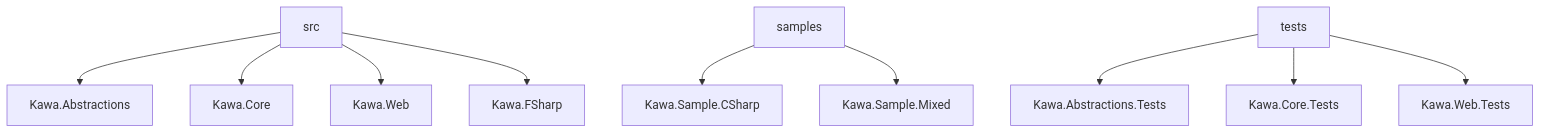
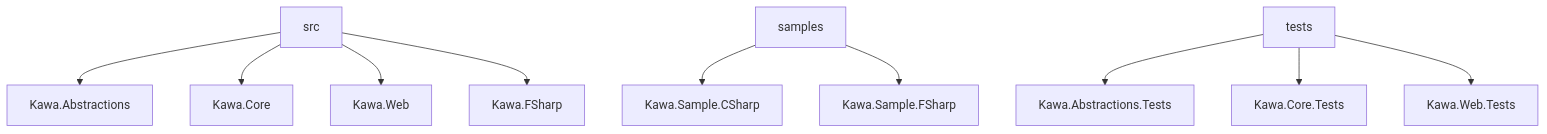
Before and after one commit to huideyeren/Kawa: diagram 20 of 25 in docs/design-principles.ja.md, drawn with Mermaid. The commit also changed other lines of this file and 27 other files, not shown here.

````diff
--- a/docs/design-principles.ja.md
+++ b/docs/design-principles.ja.md
@@ -973,18 +973,18 @@
 ```mermaid
 flowchart TD
     Src[src]
     Samples[samples]
     Tests[tests]
 
     Src --> Abs[Kawa.Abstractions]
     Src --> Core[Kawa.Core]
     Src --> Web[Kawa.Web]
     Src --> FS[Kawa.FSharp]
 
     Samples --> CS[Kawa.Sample.CSharp]
-    Samples --> Mixed[Kawa.Sample.Mixed]
+    Samples --> FSharpSample[Kawa.Sample.FSharp]
 
     Tests --> AbsT[Kawa.Abstractions.Tests]
     Tests --> CoreT[Kawa.Core.Tests]
     Tests --> WebT[Kawa.Web.Tests]
 ```
````
